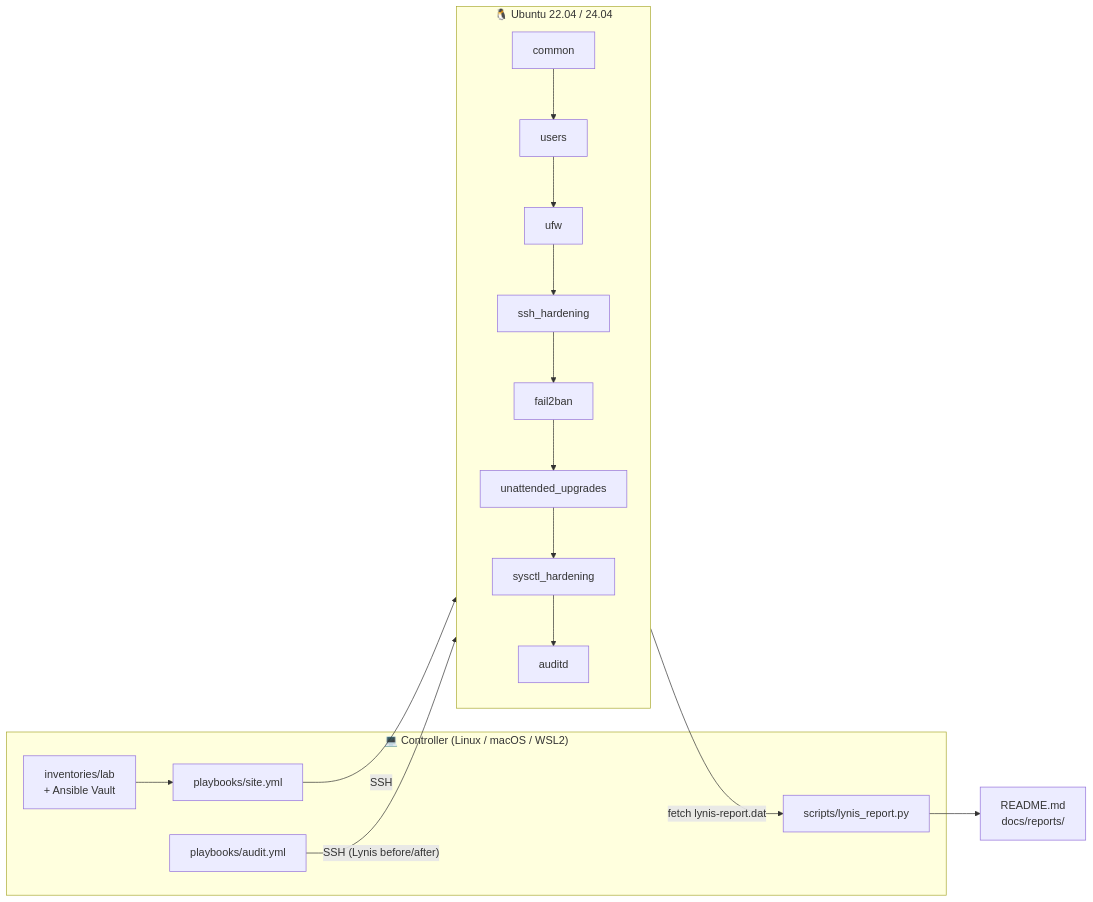
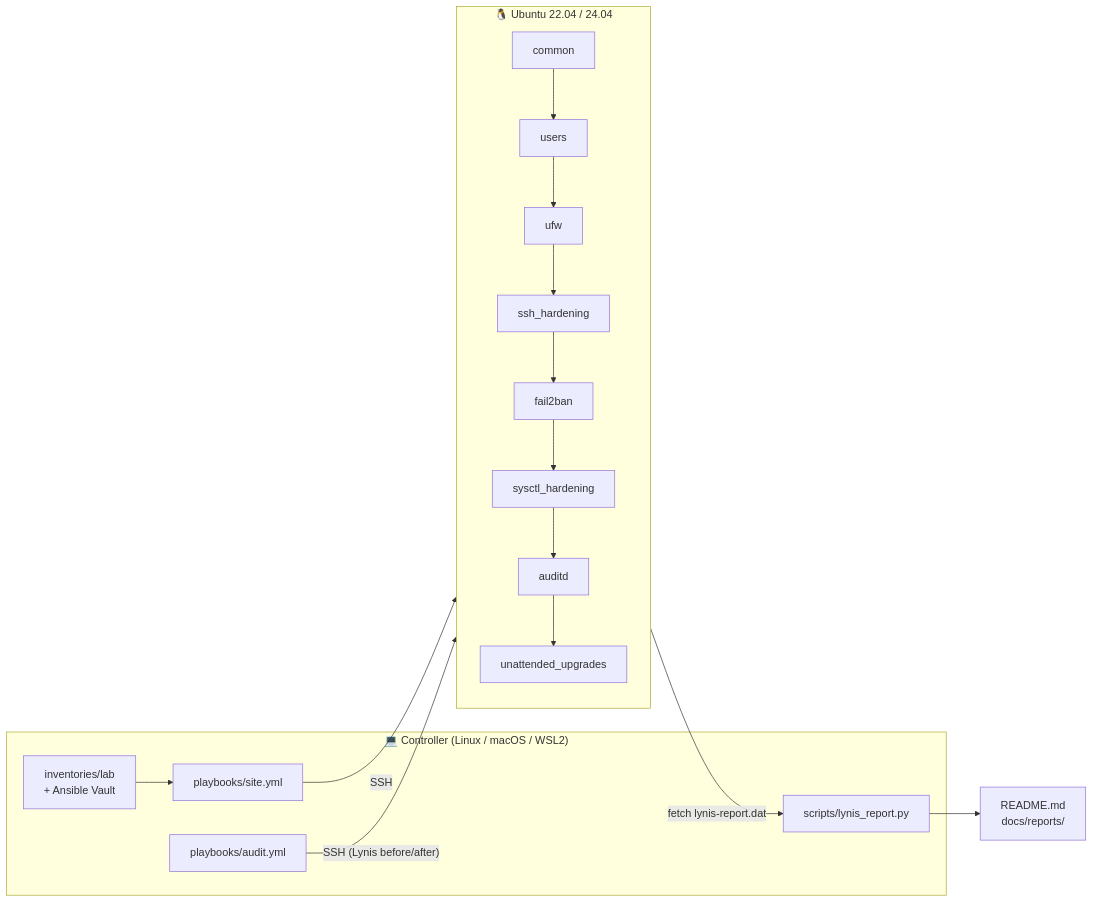
The first of 2 diagrams in README.en.md (caiodassumpcao/server-hardening-kit), drawn with Mermaid before and after one commit. The commit also changed 6 other files, not shown here.

First line of the commit message:
fix: avoid apt lock races by running unattended_upgrades last

````diff
--- a/README.en.md
+++ b/README.en.md
@@ -106,21 +106,21 @@
 ```mermaid
 flowchart LR
     subgraph Controller["💻 Controller (Linux / macOS / WSL2)"]
         INV[inventories/lab<br/>+ Ansible Vault]
         PB[playbooks/site.yml]
         AUD[playbooks/audit.yml]
         REP[scripts/lynis_report.py]
     end
 
     subgraph Target["🐧 Ubuntu 22.04 / 24.04"]
         direction TB
         C[common] --> U[users] --> F[ufw] --> S[ssh_hardening]
-        S --> FB[fail2ban] --> UU[unattended_upgrades] --> K[sysctl_hardening] --> A[auditd]
+        S --> FB[fail2ban] --> K[sysctl_hardening] --> A[auditd] --> UU[unattended_upgrades]
     end
 
     INV --> PB
     PB -- SSH --> Target
     AUD -- "SSH (Lynis before/after)" --> Target
     Target -- "fetch lynis-report.dat" --> REP
     REP --> README[README.md<br/>docs/reports/]
 ```
````
